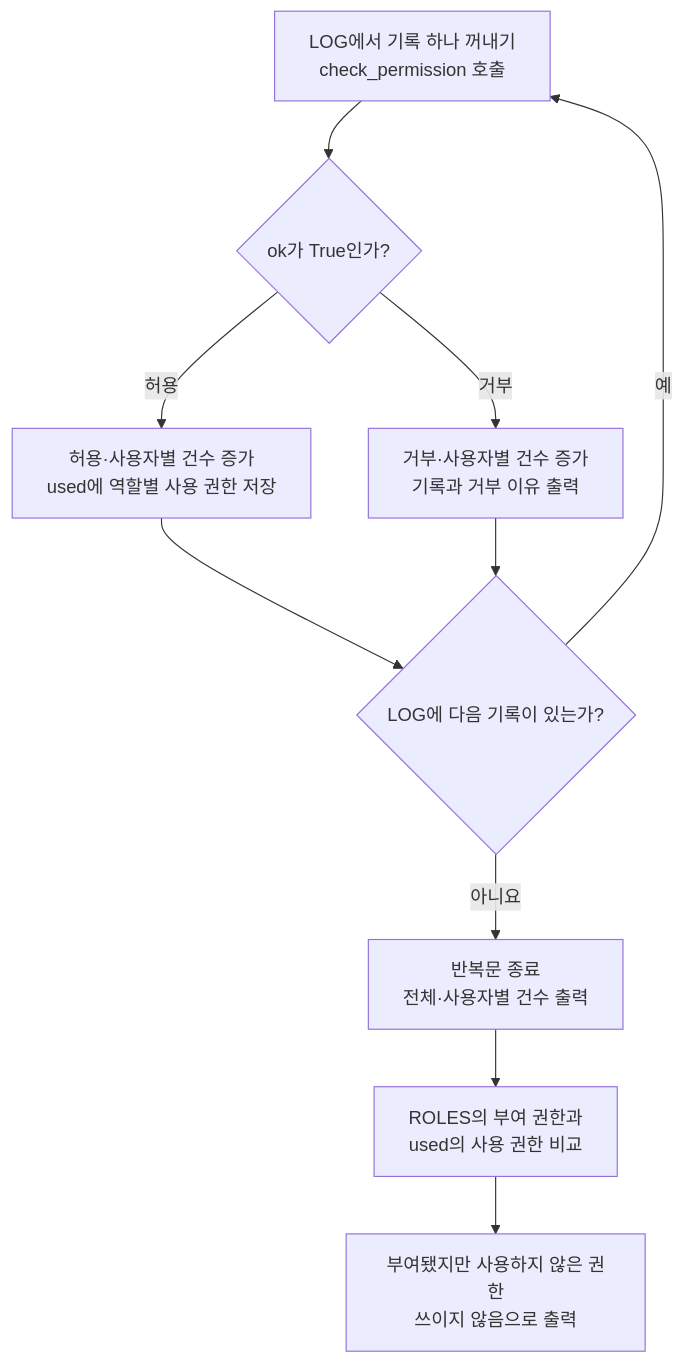
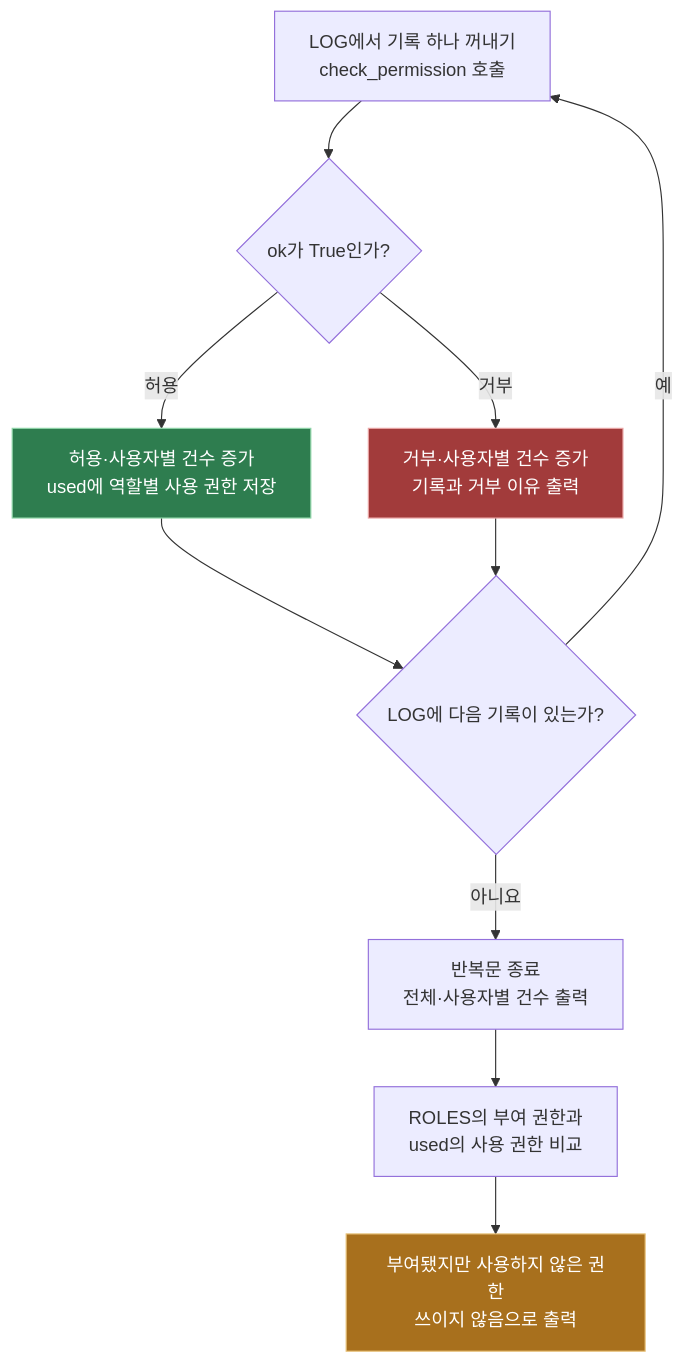
Before and after one commit to eldi96/security-agent-toolkit: the fourth of 4 diagrams in code_review/code_report/10-21_day01.md, drawn with Mermaid. The commit also changed other lines of this file and 19 other files, not shown here.

````diff
--- a/code_review/code_report/10-21_day01.md
+++ b/code_review/code_report/10-21_day01.md
@@ -168,20 +212,26 @@
 ```mermaid
 flowchart TB
     A["LOG에서 기록 하나 꺼내기<br/>check_permission 호출"] --> B{"ok가 True인가?"}
     B -->|허용| C["허용·사용자별 건수 증가<br/>used에 역할별 사용 권한 저장"]
     B -->|거부| D["거부·사용자별 건수 증가<br/>기록과 거부 이유 출력"]
     C --> MORE{"LOG에 다음 기록이 있는가?"}
     D --> MORE
     MORE -->|예| A
     MORE -->|아니요| E["반복문 종료<br/>전체·사용자별 건수 출력"]
     E --> F["ROLES의 부여 권한과<br/>used의 사용 권한 비교"]
     F --> G["부여됐지만 사용하지 않은 권한<br/>쓰이지 않음으로 출력"]
+    classDef allow fill:#2e7d4f,stroke:#8fd6a8,color:#ffffff
+    classDef deny fill:#a23b3b,stroke:#eba6a6,color:#ffffff
+    classDef warn fill:#a8701d,stroke:#e8c27a,color:#ffffff
+    class C allow
+    class D deny
+    class G warn
     click C "../run/day01_7-1_audit_run.py" "코드 파일 열기"
     click E "../run/day01_7-1_audit_run.py" "코드 파일 열기"
     click F "../run/day01_7-1_audit_run.py" "코드 파일 열기"
     click MORE "../run/day01_7-1_audit_run.py" "코드 파일 열기"
     click B "../run/day01_7-1_audit_run.py" "코드 파일 열기"
     click G "../run/day01_7-1_audit_run.py" "코드 파일 열기"
     click A "../run/day01_7-1_audit_run.py" "코드 파일 열기"
     click D "../run/day01_7-1_audit_run.py" "코드 파일 열기"
 ```
````
